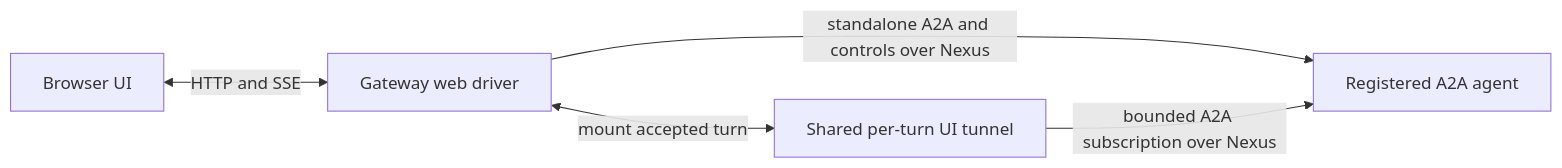
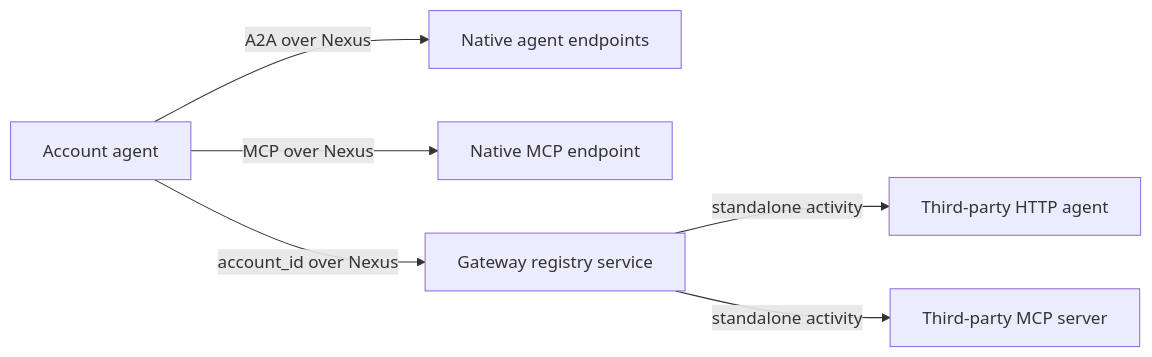
Before and after one commit to temporal-community/temporal-agent-harness: the second of 5 diagrams in examples/nexus_hello/README.md, drawn with Mermaid. The commit also changed other lines of this file and 26 other files, not shown here.

Commit message:
Add account MCP call history inspector

````diff
--- a/examples/nexus_hello/README.md
+++ b/examples/nexus_hello/README.md
@@ -105,7 +95,9 @@
 ```mermaid
 flowchart LR
-    Browser[Browser UI] <-->|HTTP and SSE| Driver[Gateway web driver]
-    Driver -->|standalone A2A and controls over Nexus| Agent[Registered A2A agent]
-    Driver <-->|mount accepted turn| Tunnel[Shared per-turn UI tunnel]
-    Tunnel -->|bounded A2A subscription over Nexus| Agent
+    Agent[Account agent]
+    Agent -->|A2A over Nexus| NativeAgents[Native agent endpoints]
+    Agent -->|MCP over Nexus| NativeMCP[Native MCP endpoint]
+    Agent -->|account_id over Nexus| Registry[Gateway registry service]
+    Registry -->|standalone activity| HTTPAgent[Third-party HTTP agent]
+    Registry -->|standalone activity| HTTPMCP[Third-party MCP server]
 ```
````
